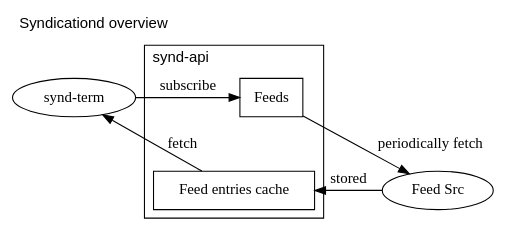
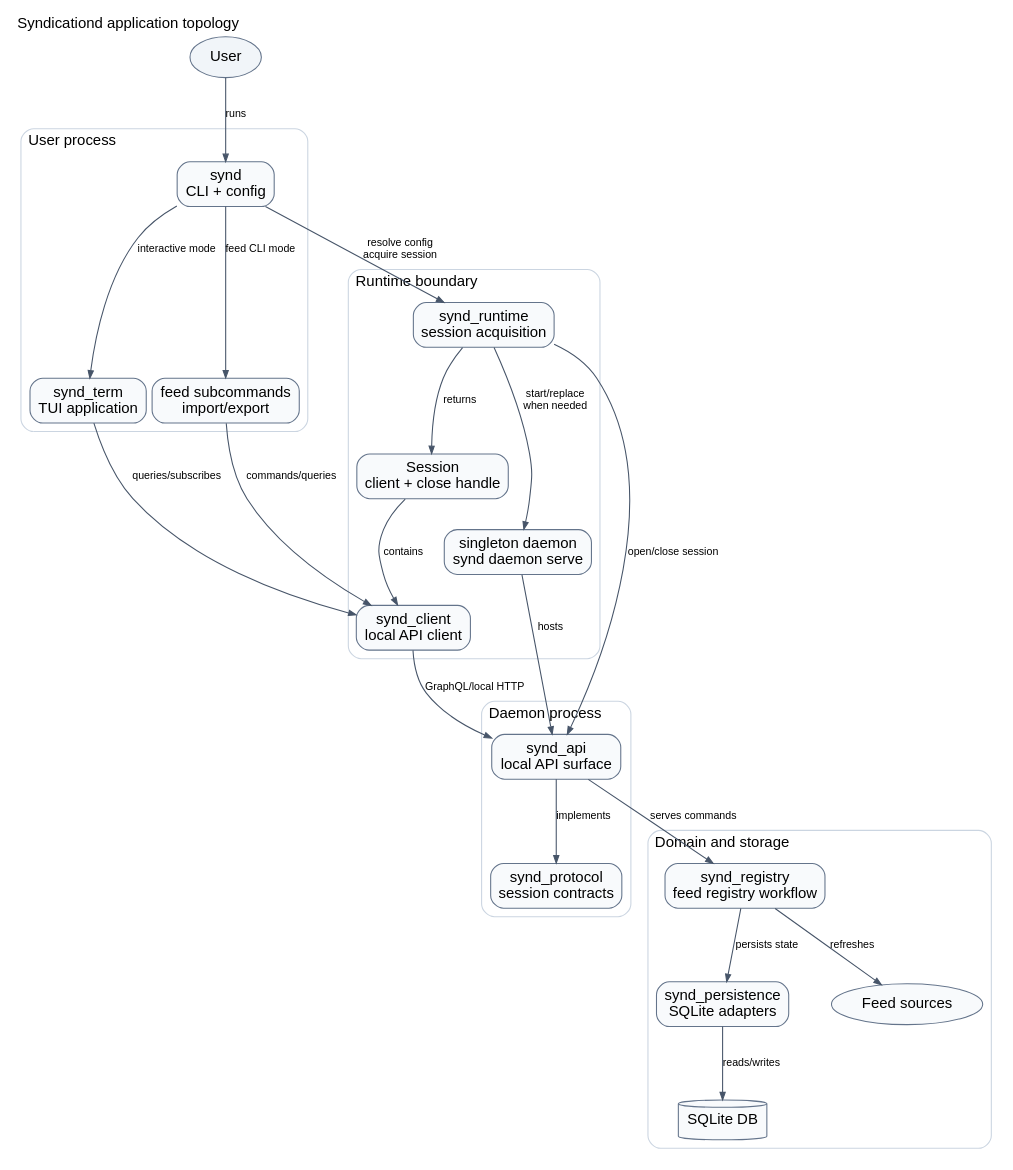
The diagram in etc/dot/overview.dot (ymgyt/syndicationd), drawn with Graphviz before and after one commit. The commit also changed 6 other files, not shown here.

Commit message:
docs: update app topology

```diff
--- a/etc/dot/overview.dot
+++ b/etc/dot/overview.dot
@@ -1,53 +1,97 @@
 digraph {
     graph [
         layout=dot,
         rankdir=TB,
-        label="Syndicationd overview",
-        labelloc="top", // t(top) | b(bottom)
-        labeljust="left", // l(left) | c(center) | r(right)
-        fontname="Helvetica,Arial,sans-serif"
-        compound=true; 
-        newrank=true
+        label="Syndicationd application topology",
+        labelloc="top",
+        labeljust="left",
+        fontname="Helvetica,Arial,sans-serif",
+        compound=true,
+        newrank=true,
+        nodesep=0.55,
+        ranksep=0.8
     ];
 
-    synd [
-        label="synd-term"
-    ]
+    node [
+        shape=box,
+        style="rounded,filled",
+        fillcolor="#f8fafc",
+        color="#64748b",
+        fontname="Helvetica,Arial,sans-serif",
+        margin="0.12,0.08"
+    ];
 
-    subgraph cluster_synd_api {
-        label="synd-api"
+    edge [
+        color="#475569",
+        fontname="Helvetica,Arial,sans-serif",
+        fontsize=10,
+        arrowsize=0.7
+    ];
 
-        feeds [
-            label="Feeds"
-            shape="box"
-        ]
+    user [
+        label="User",
+        shape=oval,
+        fillcolor="#f1f5f9"
+    ];
 
-        feed_entries_cache [
-            label="Feed entries cache"
-            shape="box"
-        ]
+    subgraph cluster_app {
+        label="User process";
+        color="#cbd5e1";
+        style="rounded";
+
+        synd [ label="synd\nCLI + config" ];
+        term [ label="synd_term\nTUI application" ];
+        feed_commands [ label="feed subcommands\nimport/export" ];
     }
 
-    feed_src [
-        label="Feed Src"
-    ]
+    subgraph cluster_runtime {
+        label="Runtime boundary";
+        color="#cbd5e1";
+        style="rounded";
 
-    synd -> feeds [
-        label="subscribe"
-    ]
+        runtime [ label="synd_runtime\nsession acquisition" ];
+        session [ label="Session\nclient + close handle" ];
+        client [ label="synd_client\nlocal API client" ];
+        daemon [ label="singleton daemon\nsynd daemon serve" ];
+    }
 
-    feeds -> feed_src [
-        label="periodically fetch"
-    ]
+    subgraph cluster_api {
+        label="Daemon process";
+        color="#cbd5e1";
+        style="rounded";
 
-    feed_src -> feed_entries_cache [
-        label="stored"
-    ]
+        api [ label="synd_api\nlocal API surface" ];
+        protocol [ label="synd_protocol\nsession contracts" ];
+    }
 
-    feed_entries_cache -> synd [
-        label="fetch"
-    ]
+    subgraph cluster_domain {
+        label="Domain and storage";
+        color="#cbd5e1";
+        style="rounded";
 
-    { rank=same; synd; feeds; }
-    { rank=same; feed_src; feed_entries_cache; }
+        registry [ label="synd_registry\nfeed registry workflow" ];
+        persistence [ label="synd_persistence\nSQLite adapters" ];
+        sqlite [ label="SQLite DB", shape=cylinder ];
+        feed_sources [ label="Feed sources", shape=oval ];
+    }
+
+    user -> synd [ label="runs" ];
+    synd -> runtime [ label="resolve config\nacquire session" ];
+    runtime -> daemon [ label="start/replace\nwhen needed" ];
+    daemon -> api [ label="hosts" ];
+    runtime -> api [ label="open/close session" ];
+    runtime -> session [ label="returns" ];
+    session -> client [ label="contains" ];
+
+    synd -> term [ label="interactive mode" ];
+    synd -> feed_commands [ label="feed CLI mode" ];
+    term -> client [ label="queries/subscribes" ];
+    feed_commands -> client [ label="commands/queries" ];
+
+    client -> api [ label="GraphQL/local HTTP" ];
+    api -> protocol [ label="implements" ];
+    api -> registry [ label="serves commands" ];
+    registry -> persistence [ label="persists state" ];
+    registry -> feed_sources [ label="refreshes" ];
+    persistence -> sqlite [ label="reads/writes" ];
 }
```
